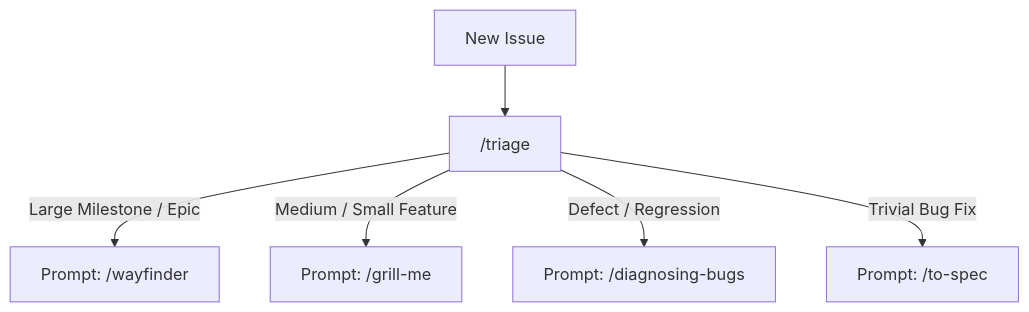
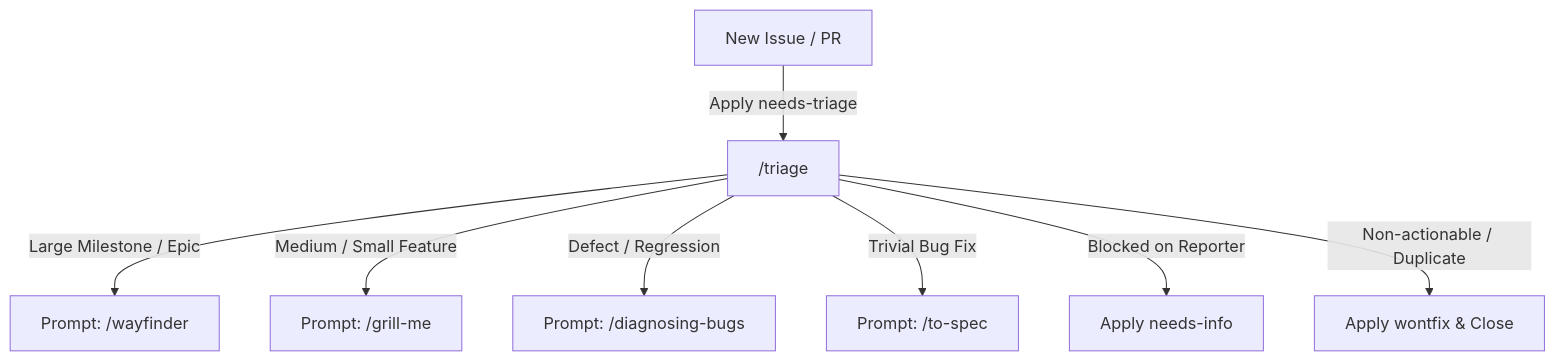
One commit to jackmaders/watchpoint changed the first of 8 diagrams in docs/agents/workflows.md. Above: the diagram before and after it, drawn with Mermaid. The commit also changed other lines of this file, not shown here.

````diff
--- a/docs/agents/workflows.md
+++ b/docs/agents/workflows.md
@@ -11,8 +11,10 @@
 ```mermaid
 graph TD
-    A["New Issue"] --> B["/triage"]
+    A["New Issue / PR"] -->|Apply needs-triage| B["/triage"]
     B -->|Large Milestone / Epic| C["Prompt: /wayfinder"]
     B -->|Medium / Small Feature| D["Prompt: /grill-me"]
     B -->|Defect / Regression| E["Prompt: /diagnosing-bugs"]
     B -->|Trivial Bug Fix| F["Prompt: /to-spec"]
+    B -->|Blocked on Reporter| G["Apply needs-info"]
+    B -->|Non-actionable / Duplicate| H["Apply wontfix & Close"]
 ```
````
